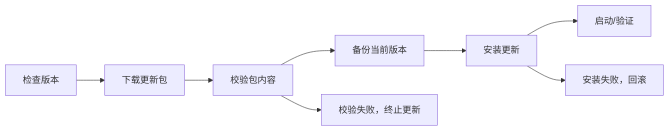
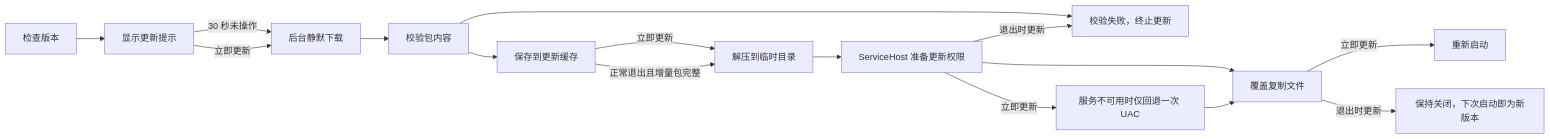
Before and after one commit to xincheng213618/scgd_general_wpf: the diagram in docs/02-developer-guide/deployment/auto-update.md, drawn with Mermaid. The commit also changed other lines of this file and 62 other files, not shown here.

````diff
--- a/docs/02-developer-guide/deployment/auto-update.md
+++ b/docs/02-developer-guide/deployment/auto-update.md
@@ -7,10 +7,18 @@
 ```mermaid
 flowchart LR
-  Check["检查版本"] --> Download["下载更新包"]
+  Check["检查版本"] --> Notice["显示更新提示"]
+  Notice -->|"30 秒未操作"| Download["后台静默下载"]
+  Notice -->|"立即更新"| Download
   Download --> Verify["校验包内容"]
-  Verify --> Backup["备份当前版本"]
-  Backup --> Install["安装更新"]
-  Install --> Smoke["启动/验证"]
+  Verify --> Cache["保存到更新缓存"]
+  Cache -->|"立即更新"| Stage["解压到临时目录"]
+  Cache -->|"正常退出且增量包完整"| Stage
+  Stage --> Privilege["ServiceHost 准备更新权限"]
+  Privilege --> Install["覆盖复制文件"]
+  Install -->|"立即更新"| Restart["重新启动"]
+  Install -->|"退出时更新"| Closed["保持关闭，下次启动即为新版本"]
   Verify --> Stop["校验失败，终止更新"]
-  Install --> Rollback["安装失败，回滚"]
+  Privilege -->|"立即更新"| UAC["服务不可用时仅回退一次 UAC"]
+  Privilege -->|"退出时更新"| Stop
+  UAC --> Install
 ```
````
